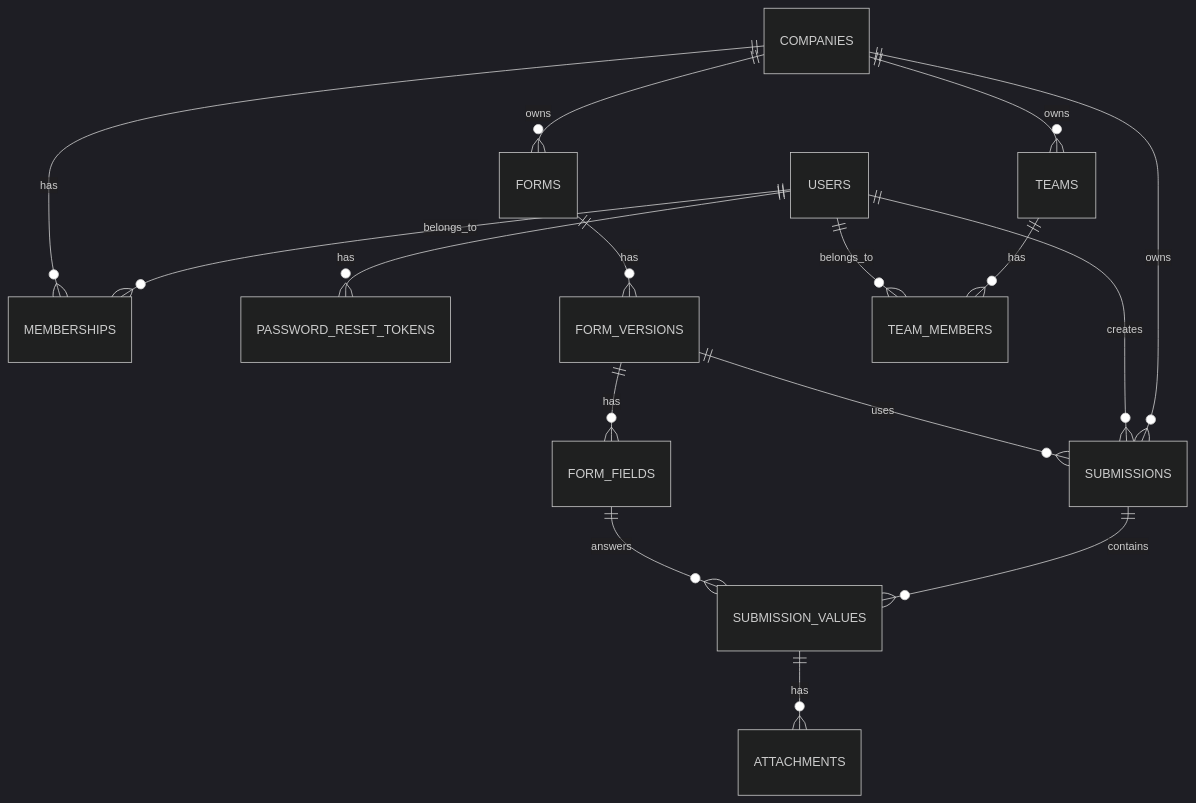
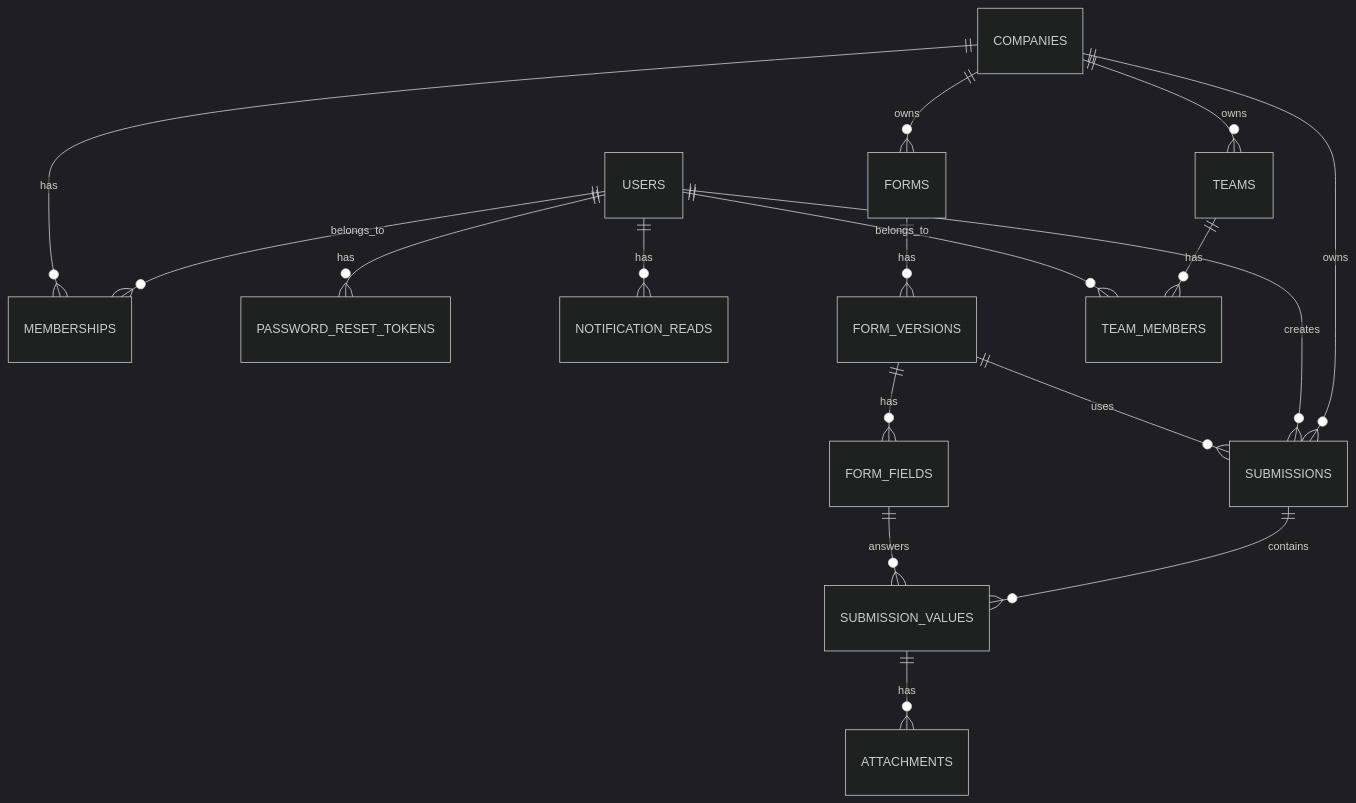
The diagram in docs/DER_Smart_Audit.md (max-ramos-rod/smart-audit), drawn with Mermaid (dark theme) before and after one commit. The commit also changed other lines of this file, not shown here.

First line of the commit message:
docs: sync DER with implemented notification_reads

````diff
--- a/docs/DER_Smart_Audit.md
+++ b/docs/DER_Smart_Audit.md
@@ -109,18 +109,19 @@
 ```mermaid
 erDiagram
     USERS ||--o{ MEMBERSHIPS : belongs_to
     COMPANIES ||--o{ MEMBERSHIPS : has
     USERS ||--o{ PASSWORD_RESET_TOKENS : has
+    USERS ||--o{ NOTIFICATION_READS : has
     COMPANIES ||--o{ FORMS : owns
     FORMS ||--o{ FORM_VERSIONS : has
     FORM_VERSIONS ||--o{ FORM_FIELDS : has
     COMPANIES ||--o{ SUBMISSIONS : owns
     USERS ||--o{ SUBMISSIONS : creates
     FORM_VERSIONS ||--o{ SUBMISSIONS : uses
     SUBMISSIONS ||--o{ SUBMISSION_VALUES : contains
     FORM_FIELDS ||--o{ SUBMISSION_VALUES : answers
     SUBMISSION_VALUES ||--o{ ATTACHMENTS : has
     COMPANIES ||--o{ TEAMS : owns
     TEAMS ||--o{ TEAM_MEMBERS : has
     USERS ||--o{ TEAM_MEMBERS : belongs_to
 ```
````
